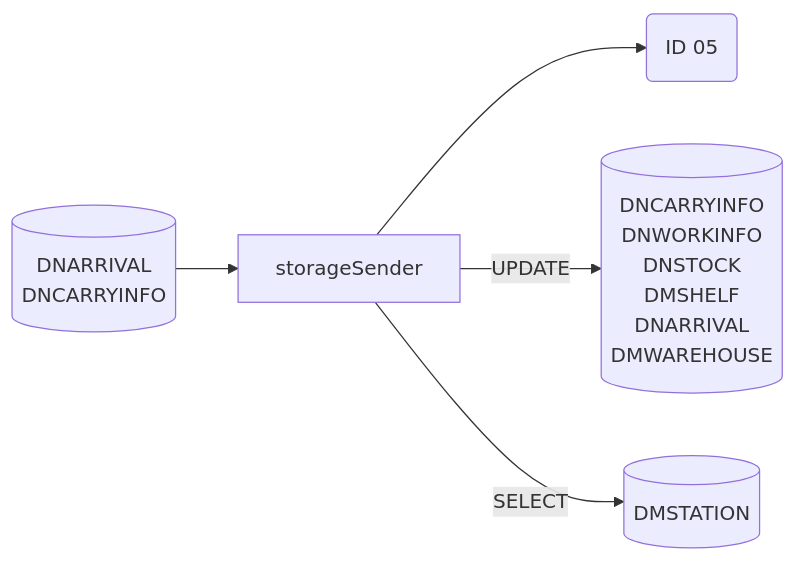
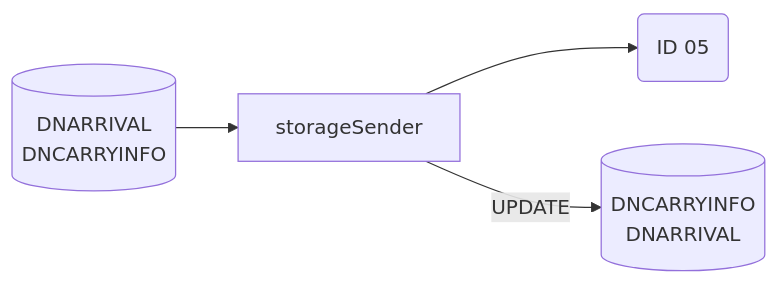
The third of 23 diagrams in Basic-Design/DFD-WMS/Storage/Palletizing-Settting/Palletize-Start.md (luthfiadityaa/SimeDarby-Wiki), drawn with Mermaid before and after one commit.

Commit message:
Updated Palletize Start

```diff
--- a/Basic-Design/DFD-WMS/Storage/Palletizing-Settting/Palletize-Start.md
+++ b/Basic-Design/DFD-WMS/Storage/Palletizing-Settting/Palletize-Start.md
@@ -246,27 +246,18 @@
 ::: mermaid
 flowchart LR
 storageSender-update[("
 DNCARRYINFO
-DNWORKINFO
-DNSTOCK
-DMSHELF
 DNARRIVAL
-DMWAREHOUSE
 ")]
 storageSender-input[("
 DNARRIVAL
 DNCARRYINFO
-")]
-
-storageSender-select[("
-DMSTATION
 ")]
 
 id05msg("
 ID 05
 ")
 
 storageSender-input-->storageSender-->id05msg
 storageSender--> |UPDATE| storageSender-update
-storageSender--> |SELECT| storageSender-select
 :::
```
